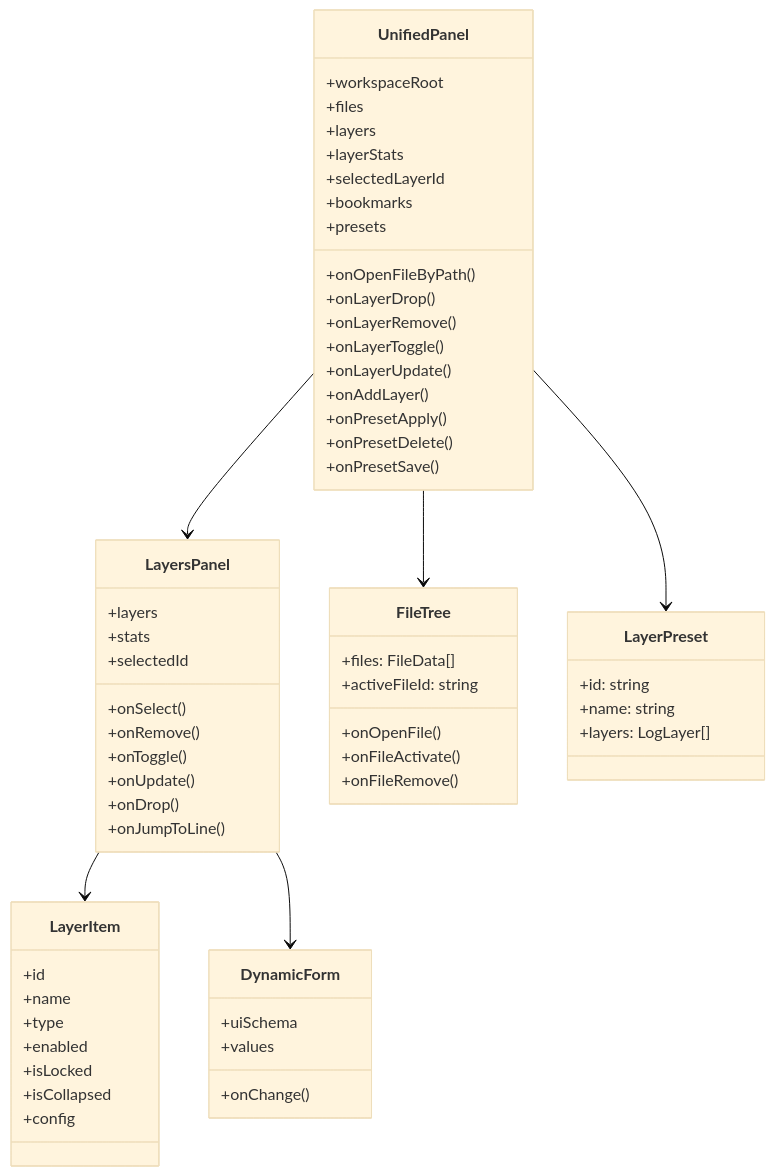
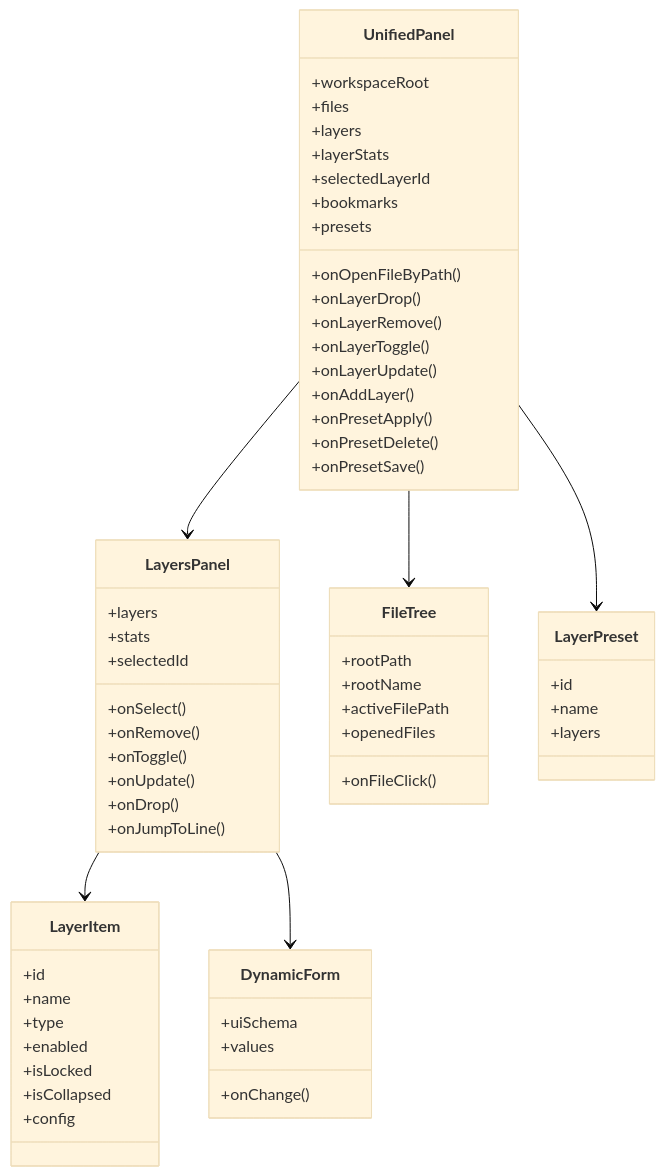
Before and after one commit to qmjianda/loglayer: the ninth of 26 diagrams in megatron_mermaid.md, drawn with Mermaid (base theme). The commit also changed other lines of this file, not shown here.

Commit message:
docs: 修正 4.2 FileTree 类图，反映实际接口

````diff
--- a/megatron_mermaid.md
+++ b/megatron_mermaid.md
@@ -575,69 +575,69 @@
 ```mermaid
 classDiagram
     class UnifiedPanel {
         +workspaceRoot
         +files
         +layers
         +layerStats
         +selectedLayerId
         +bookmarks
         +presets
         +onOpenFileByPath()
         +onLayerDrop()
         +onLayerRemove()
         +onLayerToggle()
         +onLayerUpdate()
         +onAddLayer()
         +onPresetApply()
         +onPresetDelete()
         +onPresetSave()
     }
     
     class LayersPanel {
         +layers
         +stats
         +selectedId
         +onSelect()
         +onRemove()
         +onToggle()
         +onUpdate()
         +onDrop()
         +onJumpToLine()
     }
     
     class LayerItem {
         +id
         +name
         +type
         +enabled
         +isLocked
         +isCollapsed
         +config
     }
     
     class DynamicForm {
         +uiSchema
         +values
         +onChange()
     }
     
     class FileTree {
-        +files: FileData[]
-        +activeFileId: string
-        +onOpenFile()
-        +onFileActivate()
-        +onFileRemove()
+        +rootPath
+        +rootName
+        +activeFilePath
+        +openedFiles
+        +onFileClick()
     }
     
     class LayerPreset {
-        +id: string
-        +name: string
-        +layers: LogLayer[]
+        +id
+        +name
+        +layers
     }
     
     UnifiedPanel --> LayersPanel
     UnifiedPanel --> FileTree
     UnifiedPanel --> LayerPreset
     LayersPanel --> LayerItem
     LayersPanel --> DynamicForm
 ```
````
